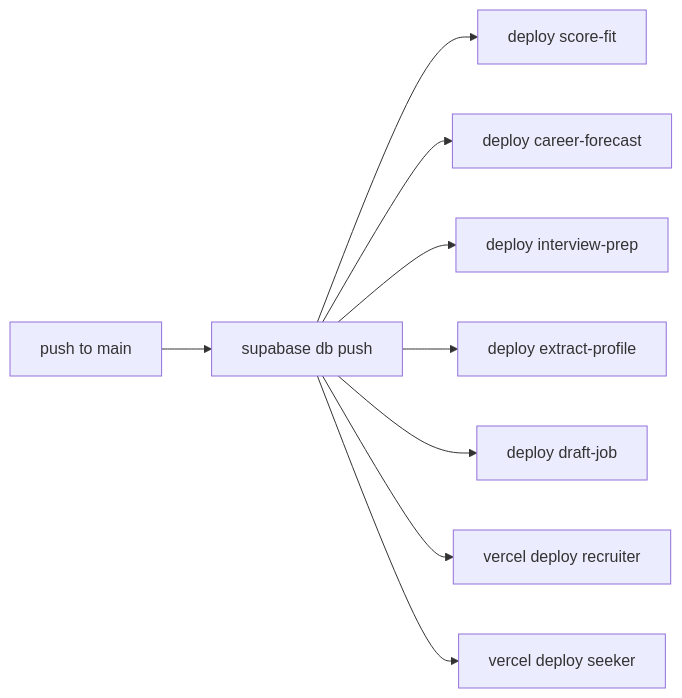
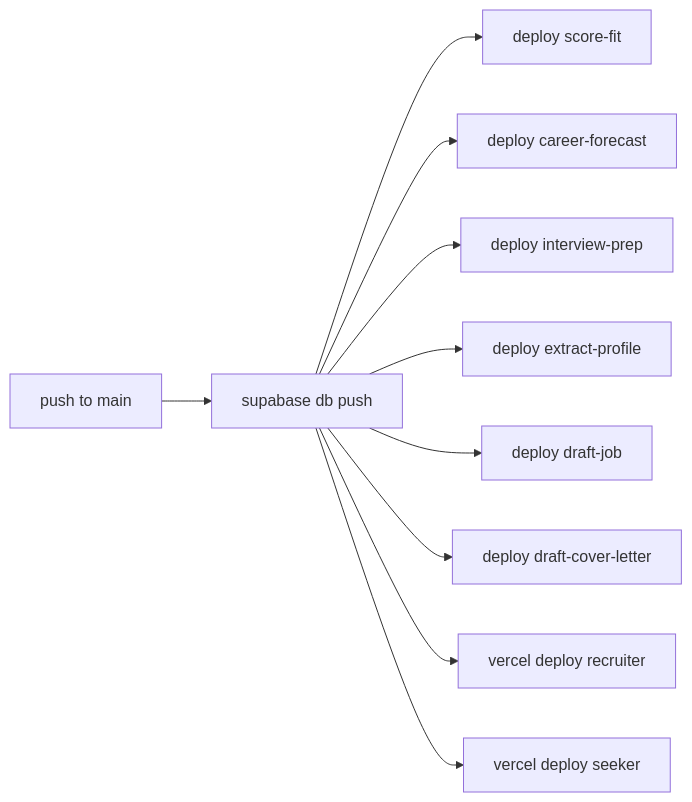
Before and after one commit to shubhamkarad/talentforge: the fifth of 5 diagrams in README.md, drawn with Mermaid. The commit also changed other lines of this file and 45 other files, not shown here.

````diff
--- a/README.md
+++ b/README.md
@@ -611,11 +522,12 @@
 ```mermaid
 flowchart LR
     A[push to main] --> B[supabase db push]
     B --> C1[deploy score-fit]
     B --> C2[deploy career-forecast]
     B --> C3[deploy interview-prep]
     B --> C4[deploy extract-profile]
     B --> C5[deploy draft-job]
+    B --> C6[deploy draft-cover-letter]
     B --> D1[vercel deploy recruiter]
     B --> D2[vercel deploy seeker]
 ```
````
